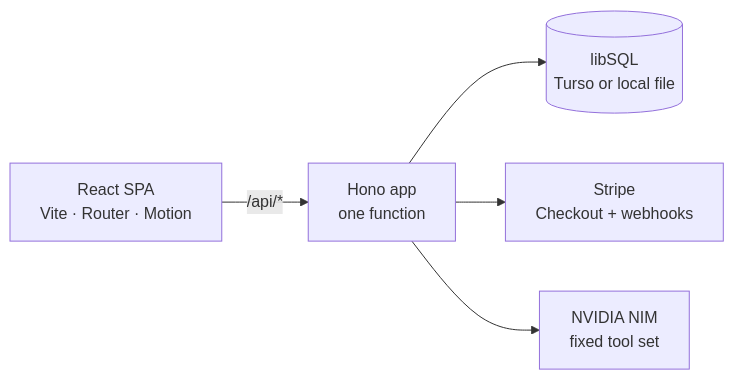
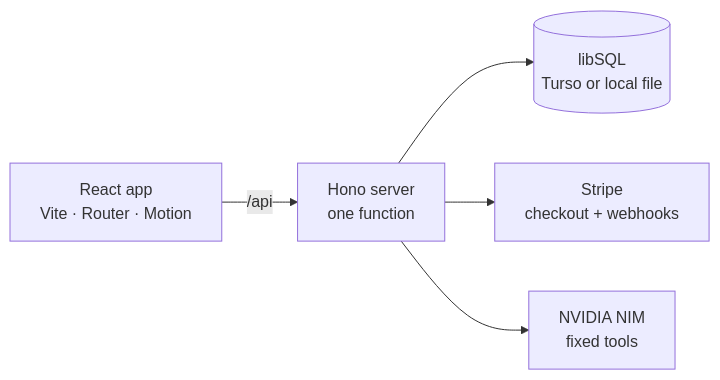
Before and after one commit to Chmgx81/ler-storefront: the diagram in README.md, drawn with Mermaid. The commit also changed other lines of this file, not shown here.

````diff
--- a/README.md
+++ b/README.md
@@ -76,7 +72,7 @@
 ```mermaid
 flowchart LR
-  B["React SPA<br/>Vite · Router · Motion"] -->|"/api/*"| H["Hono app<br/>one function"]
+  B["React app<br/>Vite · Router · Motion"] -->|/api| H["Hono server<br/>one function"]
   H --> D[("libSQL<br/>Turso or local file")]
-  H --> S["Stripe<br/>Checkout + webhooks"]
-  H --> N["NVIDIA NIM<br/>fixed tool set"]
+  H --> S["Stripe<br/>checkout + webhooks"]
+  H --> N["NVIDIA NIM<br/>fixed tools"]
 ```
````
